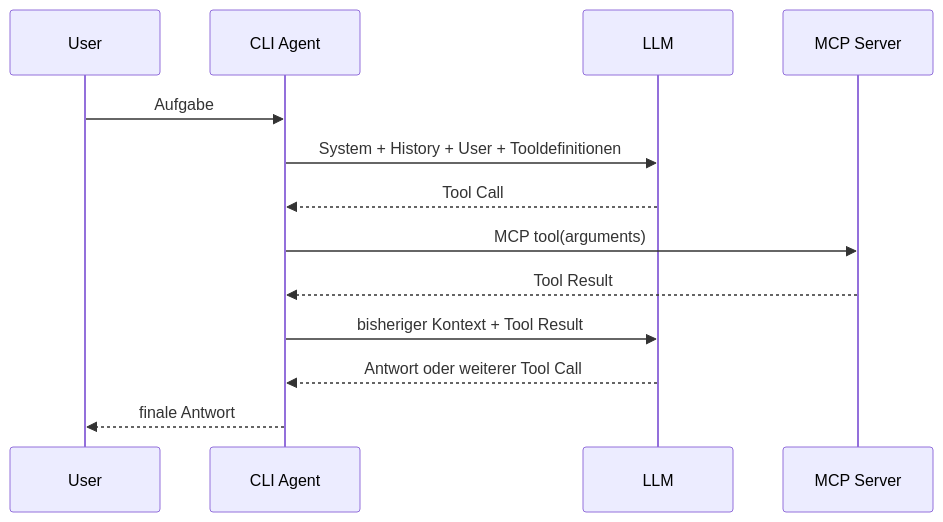
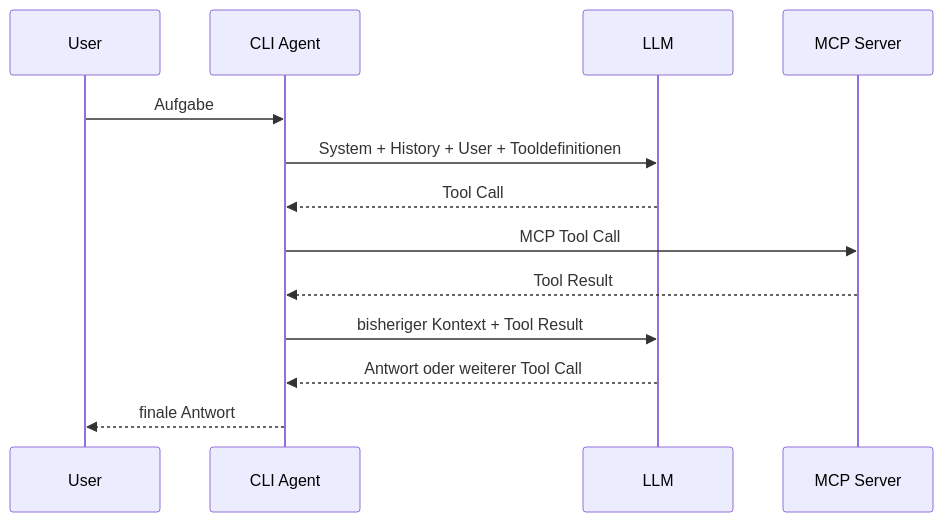
The diagram in README.md (sHuewe/cli-agent), drawn with Mermaid before and after one commit. The commit also changed other lines of this file and 4 other files, not shown here.

````diff
--- a/README.md
+++ b/README.md
@@ -79,16 +270,16 @@
 ```mermaid
 sequenceDiagram
     participant U as User
     participant A as CLI Agent
     participant L as LLM
     participant M as MCP Server
 
     U->>A: Aufgabe
     A->>L: System + History + User + Tooldefinitionen
     L-->>A: Tool Call
-    A->>M: MCP tool(arguments)
+    A->>M: MCP Tool Call
     M-->>A: Tool Result
     A->>L: bisheriger Kontext + Tool Result
     L-->>A: Antwort oder weiterer Tool Call
     A-->>U: finale Antwort
 ```
````
